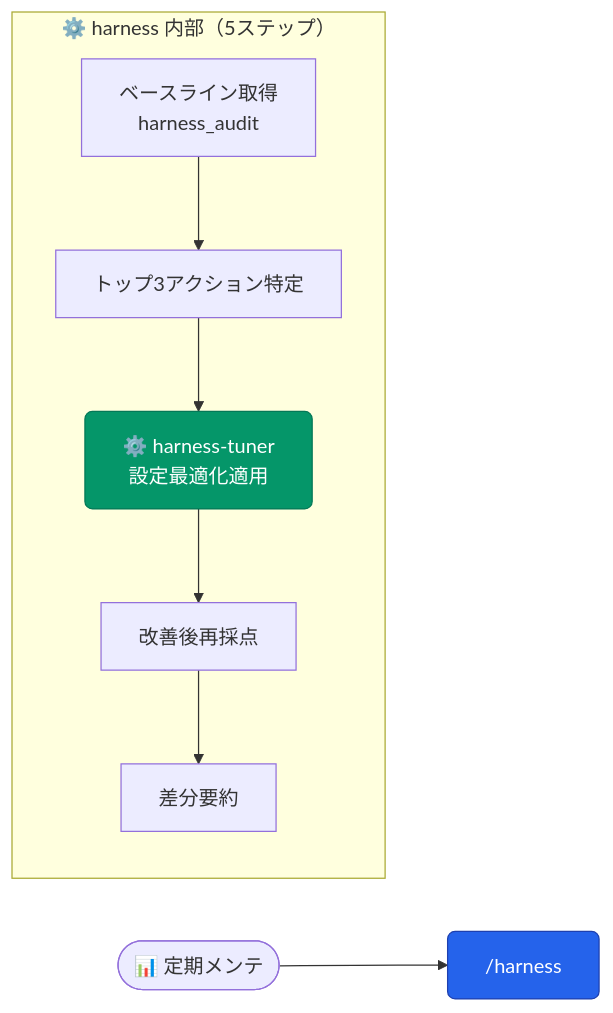
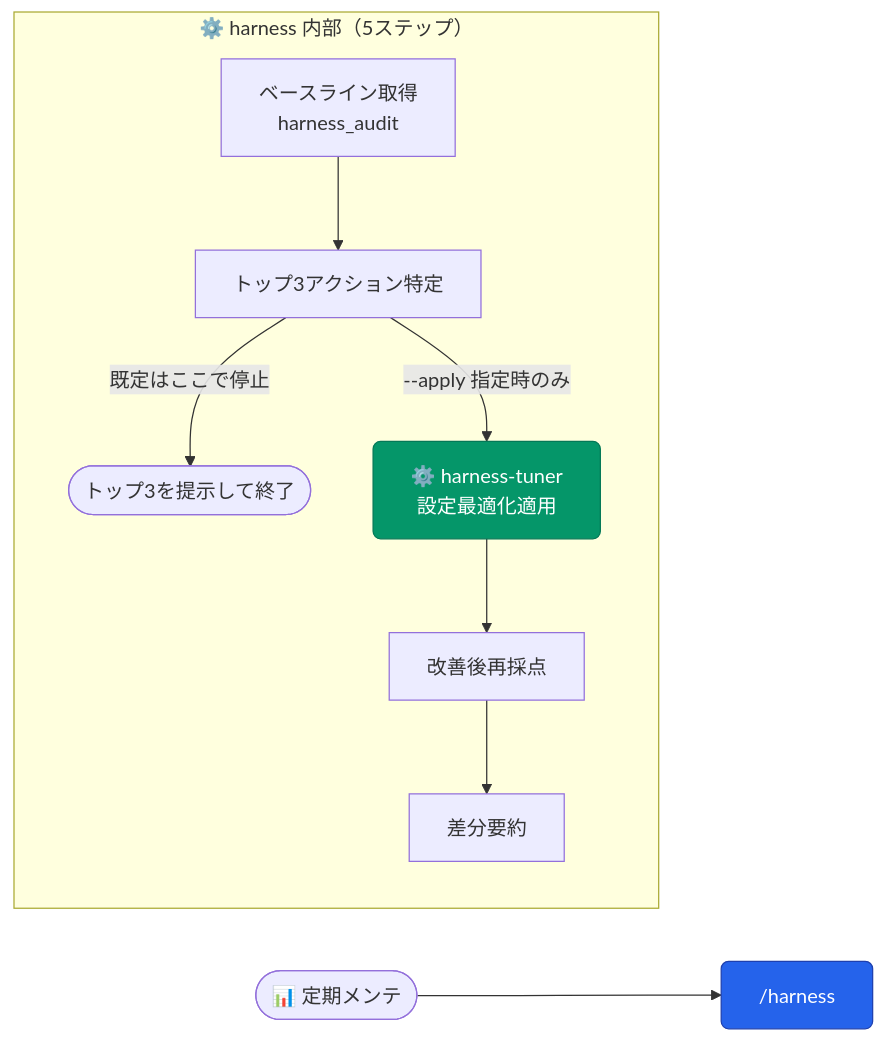
The ninth of 19 diagrams in README.md (aokumablue/claq), drawn with Mermaid before and after one commit. The commit also changed other lines of this file, not shown here.

First line of the commit message:
docs(readme): コマンドの段数・ワークフロー図・フック説明を実装に合わせる

````diff
--- a/README.md
+++ b/README.md
@@ -437,15 +449,16 @@
 ```mermaid
 flowchart LR
   classDef cmd    fill:#2563eb,stroke:#1e40af,color:#fff,rx:6
   classDef agent  fill:#059669,stroke:#047857,color:#fff,rx:6
 
   U(["📊 定期メンテ"]) --> CH["/harness"]:::cmd
 
   subgraph harness["⚙️ harness 内部（5ステップ）"]
     direction TB
     BASE["ベースライン取得<br/>harness_audit"] --> TOP["トップ3アクション特定"]
-    TOP --> AHT["⚙️ harness-tuner<br/>設定最適化適用"]:::agent
+    TOP -->|"既定はここで停止"| STOP(["トップ3を提示して終了"])
+    TOP -->|"--apply 指定時のみ"| AHT["⚙️ harness-tuner<br/>設定最適化適用"]:::agent
     AHT --> RESC["改善後再採点"]
     RESC --> DIFF["差分要約"]
   end
 ```
````
